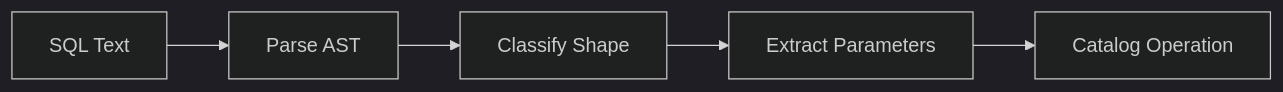
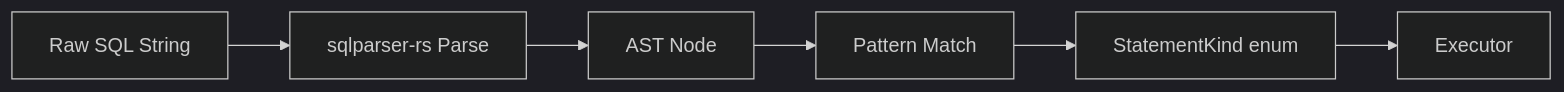
One commit to trickle-labs/rocklake changed the diagram in docs/architecture/sql-dispatcher.md. Above: the diagram before and after it, drawn with Mermaid (dark theme). The commit also changed other lines of this file and 91 other files, not shown here.

````diff
--- a/docs/architecture/sql-dispatcher.md
+++ b/docs/architecture/sql-dispatcher.md
@@ -7,7 +7,8 @@
 ```mermaid
 graph LR
-    SQL[SQL Text] --> PARSE[Parse AST]
-    PARSE --> CLASS[Classify Shape]
-    CLASS --> EXTRACT[Extract Parameters]
-    EXTRACT --> OP[Catalog Operation]
+    SQL[Raw SQL String] --> PARSE[sqlparser-rs Parse]
+    PARSE --> AST[AST Node]
+    AST --> CLASS[Pattern Match]
+    CLASS --> SK[StatementKind enum]
+    SK --> EXEC[Executor]
 ```
````
